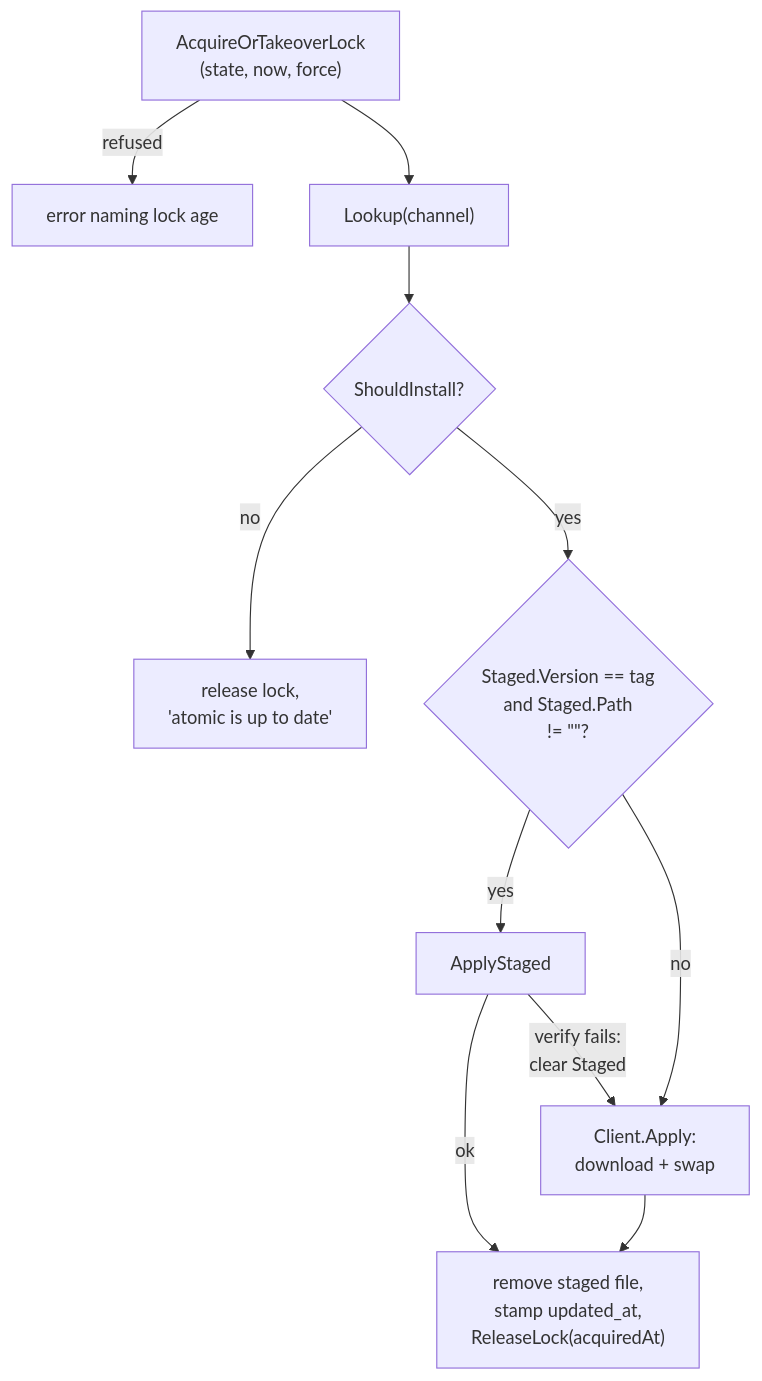
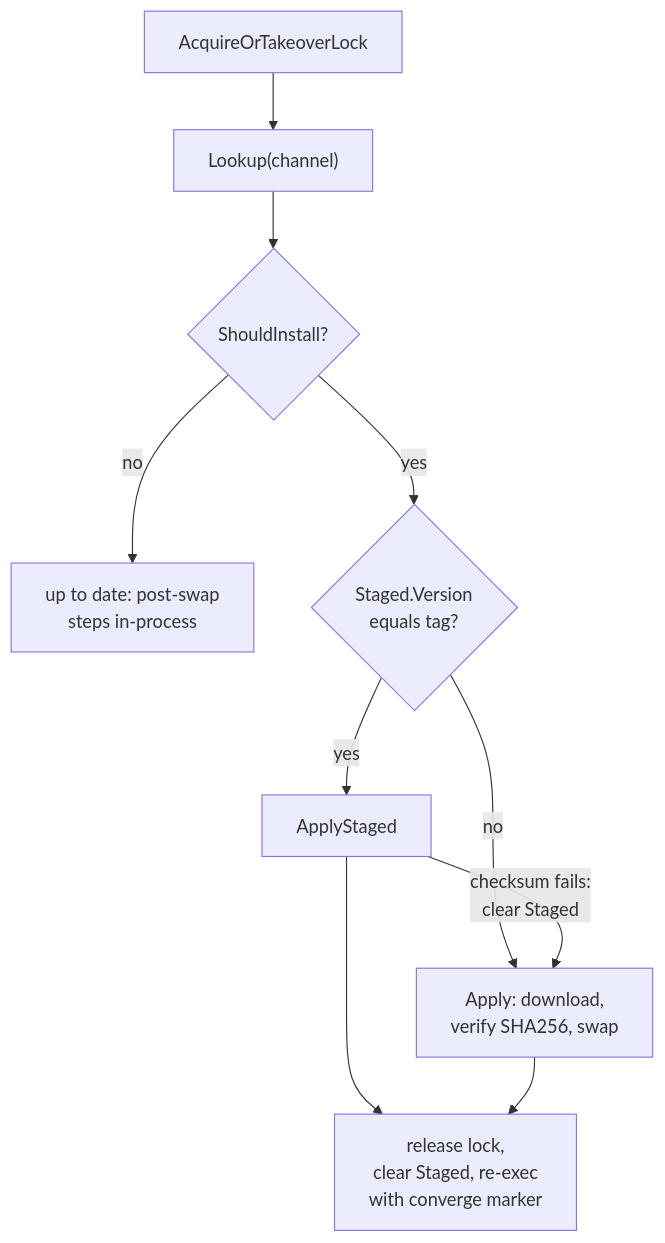
Diagram 11 of 12 in docs/wiki/config.md (damusix/atomic-claude), drawn with Mermaid before and after one commit. The commit also changed other lines of this file and 795 other files, not shown here.

First line of the commit message:
feat!: run Atomic on Claude Code, OMP, and Codex

````diff
--- a/docs/wiki/config.md
+++ b/docs/wiki/config.md
@@ -278,14 +274,13 @@
 ```mermaid
 flowchart TD
-    %% source: atomic/cmd/atomic/cmd_update.go (runUpdateApply), docs/design/selfupdate-state.md
-    A["AcquireOrTakeoverLock<br/>(state, now, force)"] -->|refused| ERR["error naming lock age"]
-    A --> L["Lookup(channel)"]
-    L --> I{"ShouldInstall?"}
-    I -->|no| UP["release lock,<br/>'atomic is up to date'"]
-    I -->|yes| S{"Staged.Version == tag<br/>and Staged.Path<br/>!= #quot;#quot;?"}
-    S -->|yes| AS["ApplyStaged"]
-    AS -->|"verify fails:<br/>clear Staged"| AP["Client.Apply:<br/>download + swap"]
-    S -->|no| AP
-    AS -->|ok| DONE["remove staged file,<br/>stamp updated_at,<br/>ReleaseLock(acquiredAt)"]
-    AP --> DONE
+    %% source: docs/design/selfupdate-state.md; atomic/cmd/atomic/cmd_update.go (runUpdateApplyOutcome, runUpdateWith)
+    LK["AcquireOrTakeoverLock"] --> LU["Lookup(channel)"]
+    LU --> SI{"ShouldInstall?"}
+    SI -->|no| UTD["up to date: post-swap<br/>steps in-process"]
+    SI -->|yes| SM{"Staged.Version<br/>equals tag?"}
+    SM -->|yes| AS["ApplyStaged"]
+    SM -->|no| AP["Apply: download,<br/>verify SHA256, swap"]
+    AS -->|"checksum fails:<br/>clear Staged"| AP
+    AS --> RX["release lock,<br/>clear Staged, re-exec<br/>with converge marker"]
+    AP --> RX
 ```
````
